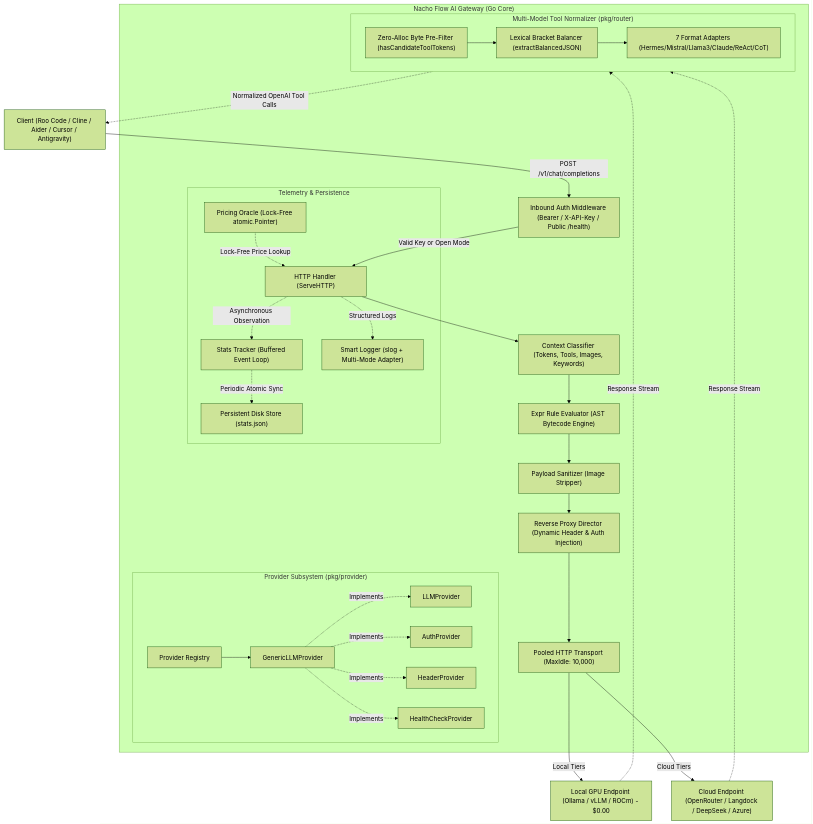
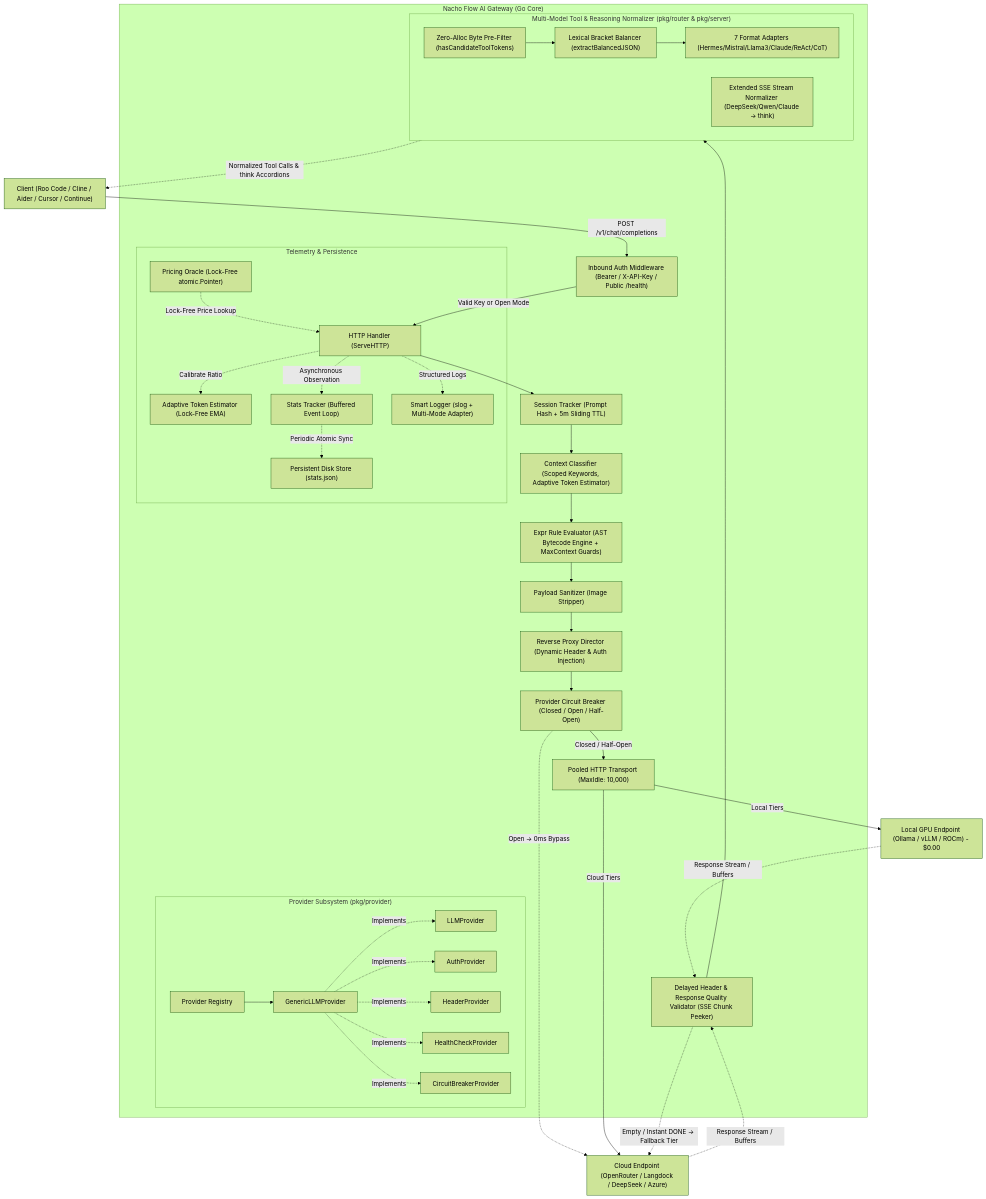
Before and after one commit to dixieflatline76/nacho-flow: the diagram in docs/ARCHITECTURE.md, drawn with Mermaid (forest theme). The commit also changed other lines of this file and 38 other files, not shown here.

````diff
--- a/docs/ARCHITECTURE.md
+++ b/docs/ARCHITECTURE.md
@@ -9,62 +9,74 @@
 ```mermaid
 flowchart TD
-    Client["Client (Roo Code / Cline / Aider / Cursor / Antigravity)"]
+    Client["Client (Roo Code / Cline / Aider / Cursor / Continue)"]
     
     subgraph NachoFlow ["Nacho Flow AI Gateway (Go Core)"]
         AuthGateway["Inbound Auth Middleware (Bearer / X-API-Key / Public /health)"]
         HTTPRouter["HTTP Handler (ServeHTTP)"]
-        Classifier["Context Classifier (Tokens, Tools, Images, Keywords)"]
-        Evaluator["Expr Rule Evaluator (AST Bytecode Engine)"]
+        SessionTracker["Session Tracker (Prompt Hash + 5m Sliding TTL)"]
+        Classifier["Context Classifier (Scoped Keywords, Adaptive Token Estimator)"]
+        Evaluator["Expr Rule Evaluator (AST Bytecode Engine + MaxContext Guards)"]
         Sanitizer["Payload Sanitizer (Image Stripper)"]
         Director["Reverse Proxy Director (Dynamic Header & Auth Injection)"]
+        CircuitBreaker["Provider Circuit Breaker (Closed / Open / Half-Open)"]
         PooledTransport["Pooled HTTP Transport (MaxIdle: 10,000)"]
+        DelayedHeader["Delayed Header & Response Quality Validator (SSE Chunk Peeker)"]
         
-        subgraph ToolEngine ["Multi-Model Tool Normalizer (pkg/router)"]
+        subgraph ToolEngine ["Multi-Model Tool & Reasoning Normalizer (pkg/router & pkg/server)"]
             FastFilter["Zero-Alloc Byte Pre-Filter (hasCandidateToolTokens)"]
             JSONBalancer["Lexical Bracket Balancer (extractBalancedJSON)"]
             ModelAdapters["7 Format Adapters (Hermes/Mistral/Llama3/Claude/ReAct/CoT)"]
+            StreamNormalizer["Extended SSE Stream Normalizer (DeepSeek/Qwen/Claude -> think)"]
             FastFilter --> JSONBalancer --> ModelAdapters
         end
 
         subgraph ProviderRegistry ["Provider Subsystem (pkg/provider)"]
             Registry["Provider Registry"]
             GenericLLM["GenericLLMProvider"]
             Registry --> GenericLLM
             GenericLLM -.->|Implements| ILLM["LLMProvider"]
             GenericLLM -.->|Implements| IAuth["AuthProvider"]
             GenericLLM -.->|Implements| IHead["HeaderProvider"]
             GenericLLM -.->|Implements| IHealth["HealthCheckProvider"]
+            GenericLLM -.->|Implements| ICB["CircuitBreakerProvider"]
         end
 
         subgraph TelemetryStack ["Telemetry & Persistence"]
+            TokenEstimator["Adaptive Token Estimator (Lock-Free EMA)"]
             PricingOracle["Pricing Oracle (Lock-Free atomic.Pointer)"]
             StatsTracker["Stats Tracker (Buffered Event Loop)"]
             DiskStore["Persistent Disk Store (stats.json)"]
             SmartLogger["Smart Logger (slog + Multi-Mode Adapter)"]
             
             StatsTracker -.->|Periodic Atomic Sync| DiskStore
             PricingOracle -.->|Lock-Free Price Lookup| HTTPRouter
+            HTTPRouter -.->|Calibrate Ratio| TokenEstimator
         end
     end
     
     LocalGPU["Local GPU Endpoint (Ollama / vLLM / ROCm) - $0.00"]
     CloudAPI["Cloud Endpoint (OpenRouter / Langdock / DeepSeek / Azure)"]
 
     Client -->|POST /v1/chat/completions| AuthGateway
     AuthGateway -->|Valid Key or Open Mode| HTTPRouter
-    HTTPRouter --> Classifier
+    HTTPRouter --> SessionTracker
+    SessionTracker --> Classifier
     Classifier --> Evaluator
     Evaluator --> Sanitizer
     Sanitizer --> Director
-    Director --> PooledTransport
+    Director --> CircuitBreaker
+    CircuitBreaker -->|Closed / Half-Open| PooledTransport
+    CircuitBreaker -.->|Open -> 0ms Bypass| CloudAPI
     
     PooledTransport -->|Local Tiers| LocalGPU
     PooledTransport -->|Cloud Tiers| CloudAPI
     
-    LocalGPU -.->|Response Stream| ToolEngine
-    CloudAPI -.->|Response Stream| ToolEngine
-    ToolEngine -.->|Normalized OpenAI Tool Calls| Client
+    LocalGPU -.->|Response Stream / Buffers| DelayedHeader
+    CloudAPI -.->|Response Stream / Buffers| DelayedHeader
+    DelayedHeader -.->|Empty / Instant DONE -> Fallback Tier| CloudAPI
+    DelayedHeader --> ToolEngine
+    ToolEngine -.->|Normalized Tool Calls & think Accordions| Client
     
     HTTPRouter -.->|Asynchronous Observation| StatsTracker
     HTTPRouter -.->|Structured Logs| SmartLogger
 ```
````
